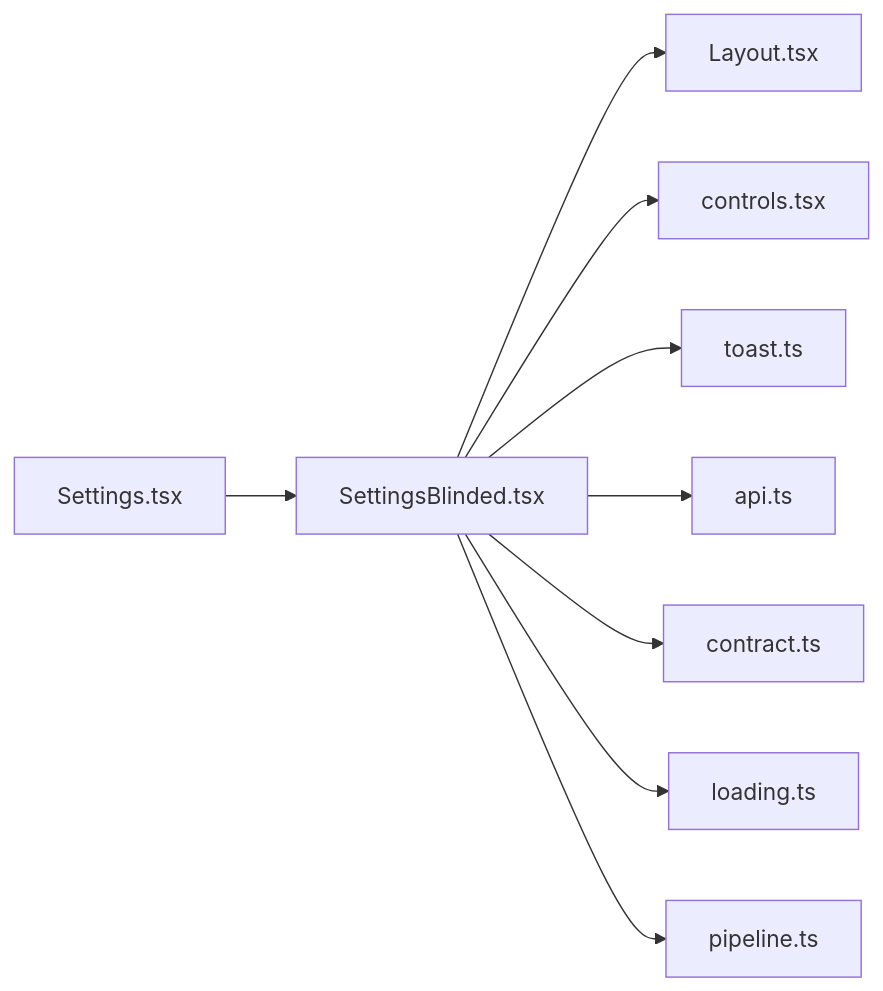
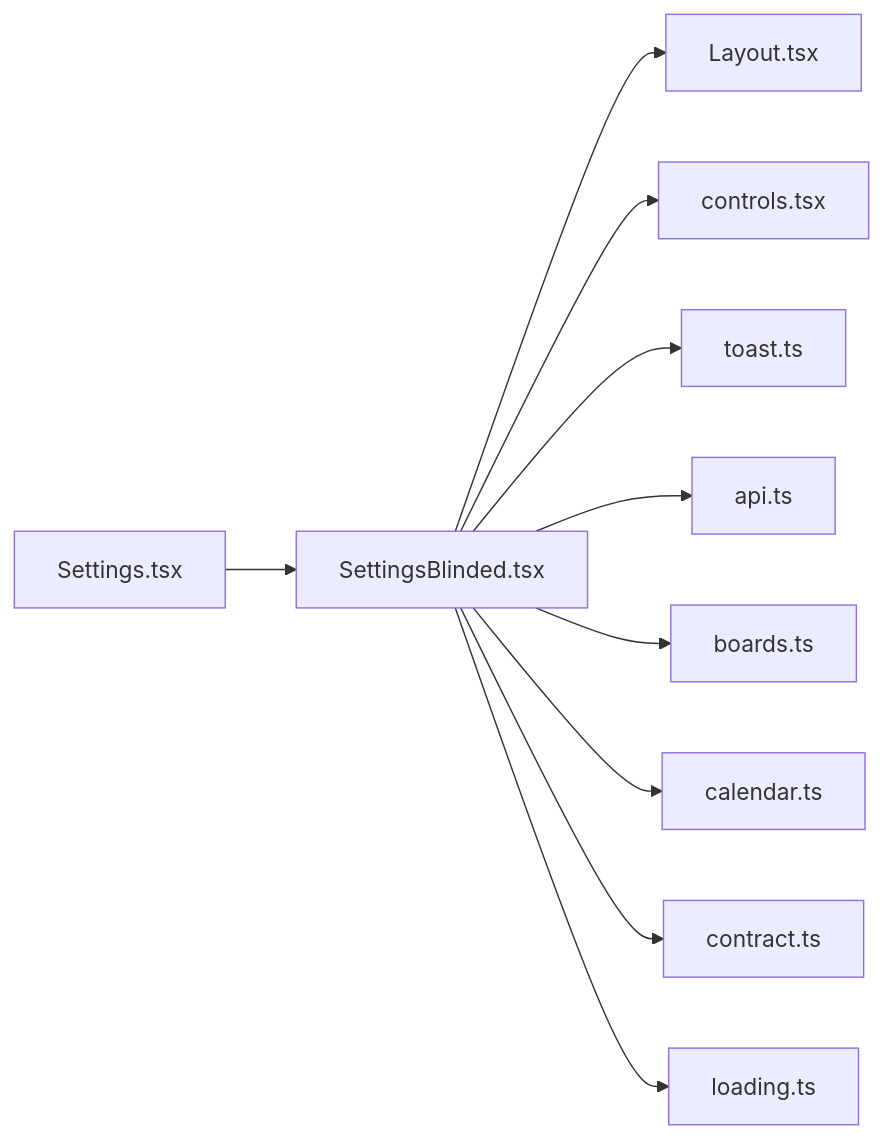
The diagram in .cluedoc/graph/frontend/src/routes/SettingsBlinded.md (minkong-dev/Banblit), drawn with Mermaid before and after one commit. The commit also changed other lines of this file and 56 other files, not shown here.

Commit message:
frontend: import pure lib functions from their own files instead of through pipeline

````diff
--- a/.cluedoc/graph/frontend/src/routes/SettingsBlinded.md
+++ b/.cluedoc/graph/frontend/src/routes/SettingsBlinded.md
@@ -10,12 +10,13 @@
 ```mermaid
 flowchart LR
   frontend_src_routes_SettingsBlinded["SettingsBlinded.tsx"]
   frontend_src_routes_SettingsBlinded --> frontend_src_components_Layout["Layout.tsx"]
   frontend_src_routes_SettingsBlinded --> frontend_src_components_controls["controls.tsx"]
   frontend_src_routes_SettingsBlinded --> frontend_src_components_toast["toast.ts"]
   frontend_src_routes_SettingsBlinded --> frontend_src_lib_api["api.ts"]
+  frontend_src_routes_SettingsBlinded --> frontend_src_lib_boards["boards.ts"]
+  frontend_src_routes_SettingsBlinded --> frontend_src_lib_calendar["calendar.ts"]
   frontend_src_routes_SettingsBlinded --> frontend_src_lib_contract["contract.ts"]
   frontend_src_routes_SettingsBlinded --> frontend_src_lib_loading["loading.ts"]
-  frontend_src_routes_SettingsBlinded --> frontend_src_lib_pipeline["pipeline.ts"]
   frontend_src_routes_Settings["Settings.tsx"] --> frontend_src_routes_SettingsBlinded
 ```
````
